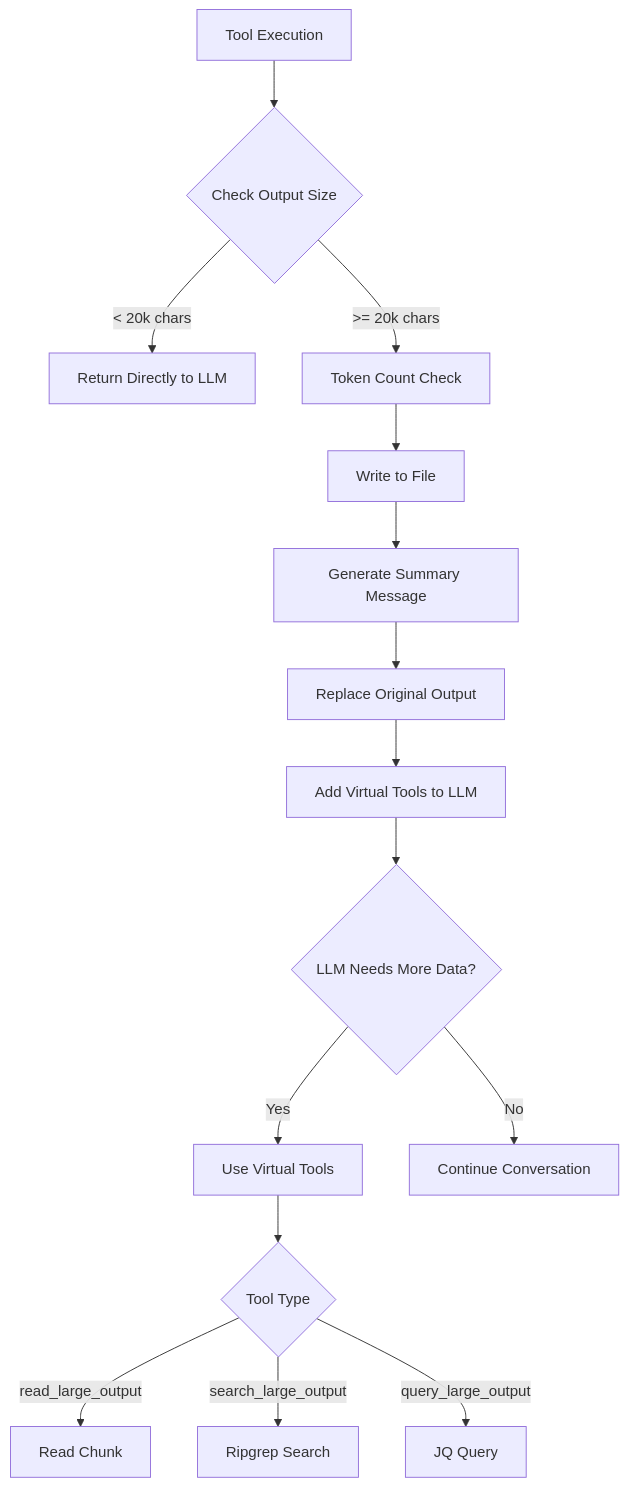
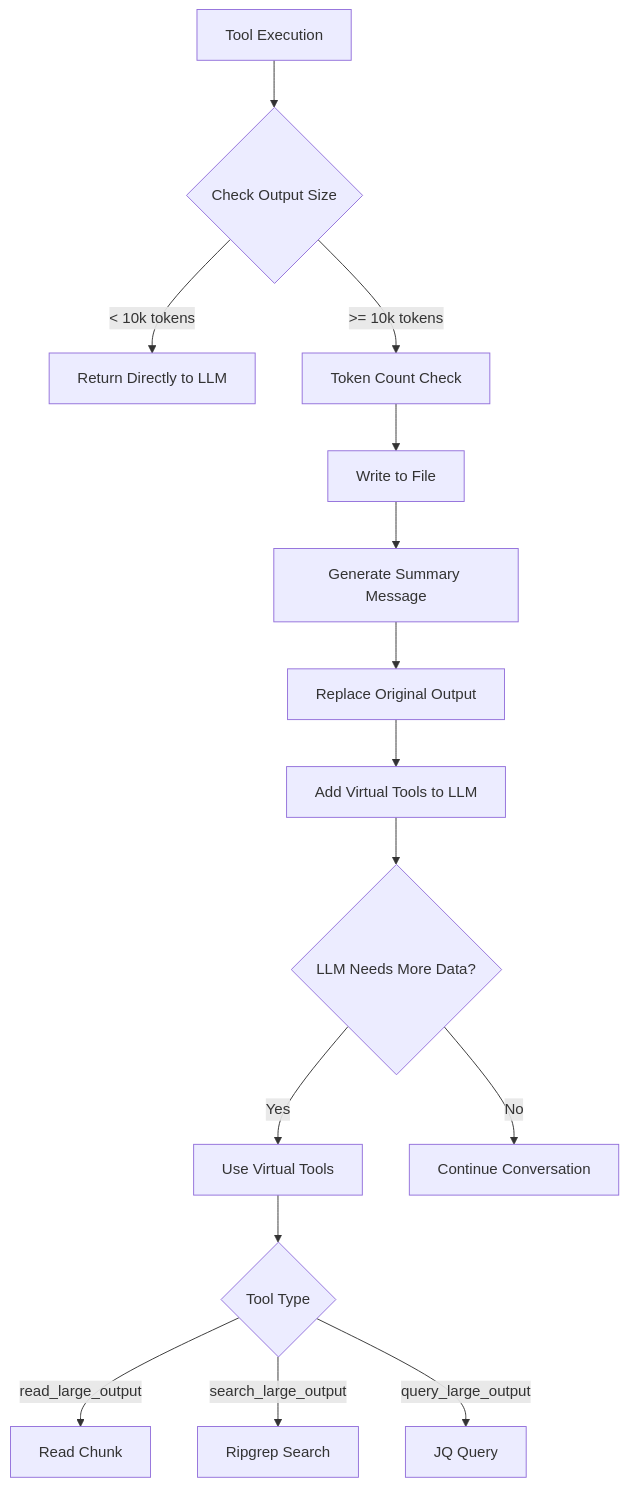
Before and after one commit to manishiitg/mcpagent: the diagram in docs/large_output_handling.md, drawn with Mermaid. The commit also changed other lines of this file and 20 other files, not shown here.

````diff
--- a/docs/large_output_handling.md
+++ b/docs/large_output_handling.md
@@ -41,17 +43,17 @@
 ```mermaid
 graph TD
     A[Tool Execution] --> B{Check Output Size}
-    B -->|"< 20k chars"| C[Return Directly to LLM]
-    B -->|">= 20k chars"| D[Token Count Check]
+    B -->|"< 10k tokens"| C[Return Directly to LLM]
+    B -->|">= 10k tokens"| D[Token Count Check]
     D --> E[Write to File]
     E --> F[Generate Summary Message]
     F --> G[Replace Original Output]
     G --> H[Add Virtual Tools to LLM]
     H --> I{LLM Needs More Data?}
     I -->|Yes| J[Use Virtual Tools]
     J --> K{Tool Type}
     K -->|read_large_output| L[Read Chunk]
     K -->|search_large_output| M[Ripgrep Search]
     K -->|query_large_output| N[JQ Query]
     I -->|No| O[Continue Conversation]
 ```
````
